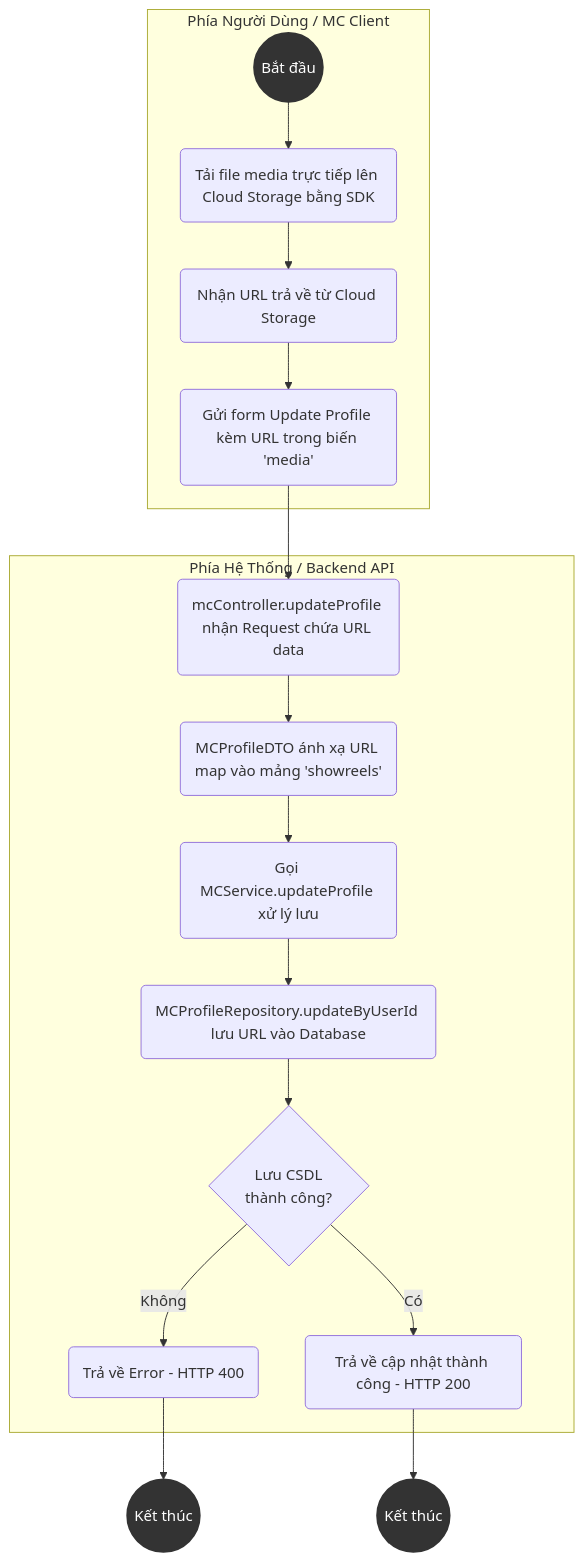
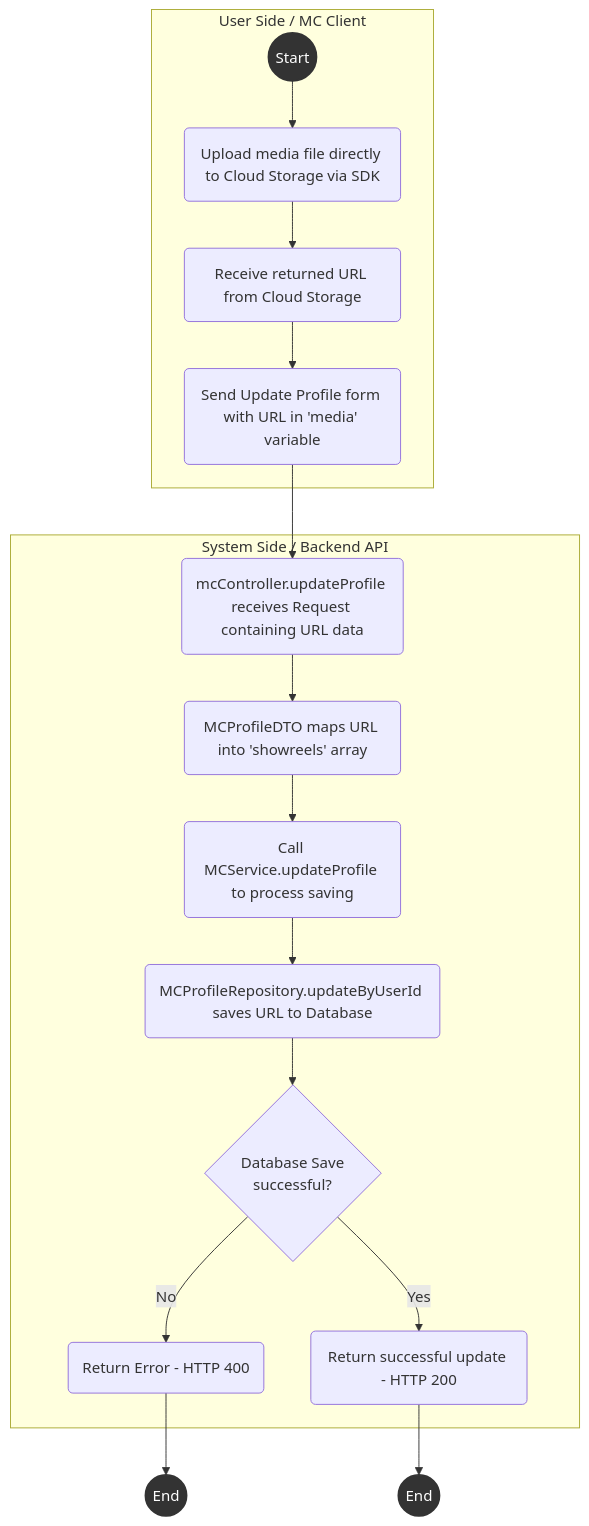
Before and after one commit to dat-21/SWD392: the second of 8 diagrams in UC_Backend_Activity_Diagrams.md, drawn with Mermaid. The commit also changed other lines of this file and 1 other file, not shown here.

````diff
--- a/UC_Backend_Activity_Diagrams.md
+++ b/UC_Backend_Activity_Diagrams.md
@@ -54,33 +54,33 @@
 ```mermaid
 flowchart TD
     style Start fill:#333,stroke:#333,stroke-width:2px,color:#fff
     style End1 fill:#333,stroke:#333,stroke-width:2px,color:#fff
     style End2 fill:#333,stroke:#333,stroke-width:2px,color:#fff
 
-    subgraph Client [Phía Người Dùng / MC Client]
-        Start((Bắt đầu)) --> U1(Tải file media trực tiếp lên Cloud Storage bằng SDK)
-        U1 --> U2(Nhận URL trả về từ Cloud Storage)
-        U2 --> U3(Gửi form Update Profile kèm URL trong biến 'media')
+    subgraph Client [User Side / MC Client]
+        Start((Start)) --> U1(Upload media file directly to Cloud Storage via SDK)
+        U1 --> U2(Receive returned URL from Cloud Storage)
+        U2 --> U3(Send Update Profile form with URL in 'media' variable)
     end
 
-    subgraph System [Phía Hệ Thống / Backend API]
-        S1(mcController.updateProfile nhận Request chứa URL data)
-        S2(MCProfileDTO ánh xạ URL map vào mảng 'showreels')
-        S3(Gọi MCService.updateProfile xử lý lưu)
-        S4(MCProfileRepository.updateByUserId lưu URL vào Database)
-        S5{Lưu CSDL<br/>thành công?}
-        S6(Trả về Error - HTTP 400)
-        S7(Trả về cập nhật thành công - HTTP 200)
+    subgraph System [System Side / Backend API]
+        S1(mcController.updateProfile receives Request containing URL data)
+        S2(MCProfileDTO maps URL into 'showreels' array)
+        S3(Call MCService.updateProfile to process saving)
+        S4(MCProfileRepository.updateByUserId saves URL to Database)
+        S5{Database Save<br/>successful?}
+        S6(Return Error - HTTP 400)
+        S7(Return successful update - HTTP 200)
     end
 
     U3 --> S1
     S1 --> S2
     S2 --> S3
     S3 --> S4
     S4 --> S5
-    S5 -- Không --> S6
-    S5 -- Có --> S7
+    S5 -- No --> S6
+    S5 -- Yes --> S7
 
-    S6 --> End1((Kết thúc))
-    S7 --> End2((Kết thúc))
+    S6 --> End1((End))
+    S7 --> End2((End))
 ```
````
